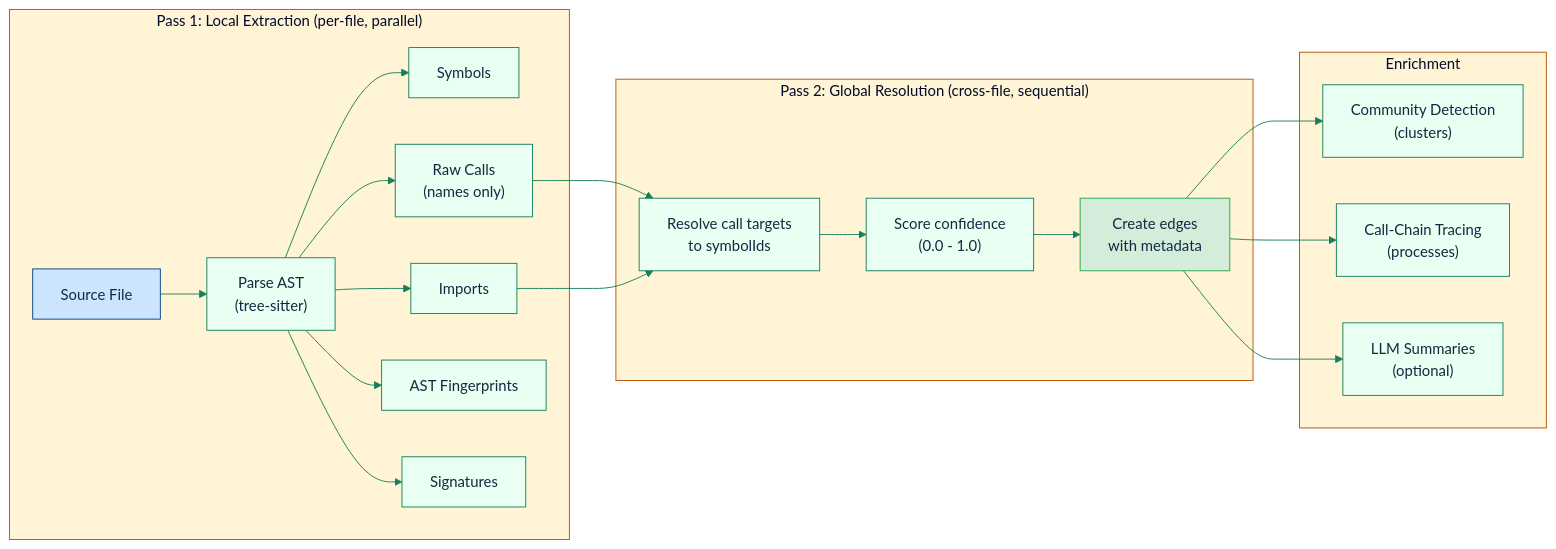
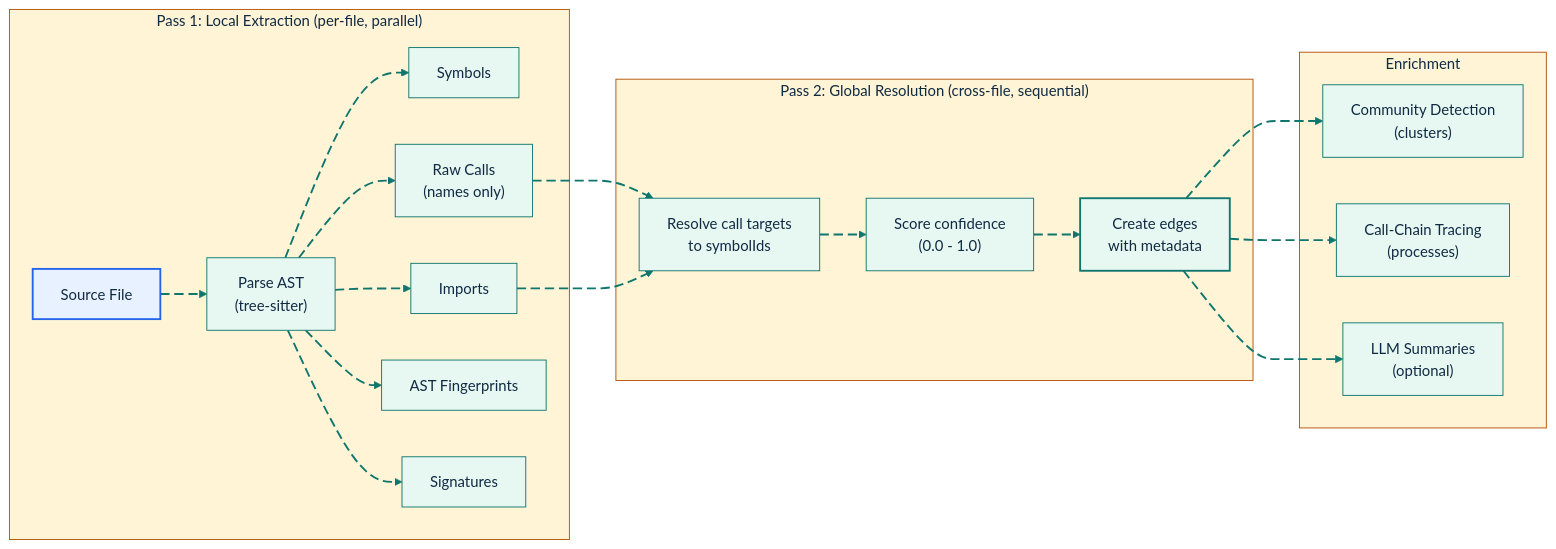
Before and after one commit to GlitterKill/sdl-mcp: the second of 2 diagrams in docs/feature-deep-dives/indexing-languages.md, drawn with Mermaid. The commit also changed other lines of this file and 33 other files, not shown here.

First line of the commit message:
docs: update mermaid diagram themes and styling across documentation

````diff
--- a/docs/feature-deep-dives/indexing-languages.md
+++ b/docs/feature-deep-dives/indexing-languages.md
@@ -61,28 +70,37 @@
 ```mermaid
-%%{init: {"theme":"base","themeVariables":{"primaryColor":"#e8fff1","primaryBorderColor":"#157f5b","primaryTextColor":"#102a43","secondaryColor":"#eef6ff","secondaryBorderColor":"#2563eb","tertiaryColor":"#fff4d6","tertiaryBorderColor":"#b45309","lineColor":"#157f5b","fontFamily":"Trebuchet MS, Arial"},"flowchart":{"curve":"basis"}}}%%
+%%{init: {"theme":"base","themeVariables":{"background":"#ffffff","primaryColor":"#E7F8F2","primaryBorderColor":"#0F766E","primaryTextColor":"#102A43","secondaryColor":"#E8F1FF","secondaryBorderColor":"#2563EB","secondaryTextColor":"#102A43","tertiaryColor":"#FFF4D6","tertiaryBorderColor":"#B45309","tertiaryTextColor":"#102A43","lineColor":"#0F766E","textColor":"#102A43","fontFamily":"Inter, ui-sans-serif, system-ui, -apple-system, BlinkMacSystemFont, Segoe UI, sans-serif"},"flowchart":{"curve":"basis","htmlLabels":true}}}%%
 flowchart LR
     subgraph "Pass 1: Local Extraction (per-file, parallel)"
-        F1["Source File"] --> Parse["Parse AST<br/>(tree-sitter)"]
-        Parse --> Sym["Symbols"]
-        Parse --> Imp["Imports"]
-        Parse --> Calls["Raw Calls<br/>(names only)"]
-        Parse --> FP["AST Fingerprints"]
-        Parse --> Sig["Signatures"]
+        F1["Source File"] e1@--> Parse["Parse AST<br/>(tree-sitter)"]
+        Parse e2@--> Sym["Symbols"]
+        Parse e3@--> Imp["Imports"]
+        Parse e4@--> Calls["Raw Calls<br/>(names only)"]
+        Parse e5@--> FP["AST Fingerprints"]
+        Parse e6@--> Sig["Signatures"]
     end
 
     subgraph "Pass 2: Global Resolution (cross-file, sequential)"
-        Calls --> Resolve["Resolve call targets<br/>to symbolIds"]
-        Imp --> Resolve
-        Resolve --> Score["Score confidence<br/>(0.0 - 1.0)"]
-        Score --> Edge["Create edges<br/>with metadata"]
+        Calls e7@--> Resolve["Resolve call targets<br/>to symbolIds"]
+        Imp e8@--> Resolve
+        Resolve e9@--> Score["Score confidence<br/>(0.0 - 1.0)"]
+        Score e10@--> Edge["Create edges<br/>with metadata"]
     end
 
     subgraph "Enrichment"
-        Edge --> Cluster["Community Detection<br/>(clusters)"]
-        Edge --> Process["Call-Chain Tracing<br/>(processes)"]
-        Edge --> Summary["LLM Summaries<br/>(optional)"]
+        Edge e11@--> Cluster["Community Detection<br/>(clusters)"]
+        Edge e12@--> Process["Call-Chain Tracing<br/>(processes)"]
+        Edge e13@--> Summary["LLM Summaries<br/>(optional)"]
     end
 
-    style F1 fill:#cce5ff,stroke:#004085
-    style Edge fill:#d4edda,stroke:#28a745
+    style F1 fill:#E8F1FF,stroke:#2563EB,stroke-width:2px,color:#102A43
+    style Edge fill:#E7F8F2,stroke:#0F766E,stroke-width:2px,color:#102A43
+
+    classDef source fill:#E7F8F2,stroke:#0F766E,stroke-width:2px,color:#102A43;
+    classDef process fill:#E8F1FF,stroke:#2563EB,stroke-width:2px,color:#102A43;
+    classDef decision fill:#FFF4D6,stroke:#B45309,stroke-width:2px,color:#102A43;
+    classDef storage fill:#F2E8FF,stroke:#7C3AED,stroke-width:2px,color:#102A43;
+    classDef output fill:#FFE8EF,stroke:#BE123C,stroke-width:2px,color:#102A43;
+    classDef muted fill:#F8FAFC,stroke:#64748B,stroke-width:1px,color:#102A43;
+    classDef animate stroke:#0F766E,stroke-width:2px,stroke-dasharray:10\,5,stroke-dashoffset:900,animation:dash 22s linear infinite;
+    class e1,e2,e3,e4,e5,e6,e7,e8,e9,e10,e11,e12,e13 animate;
 ```
````
